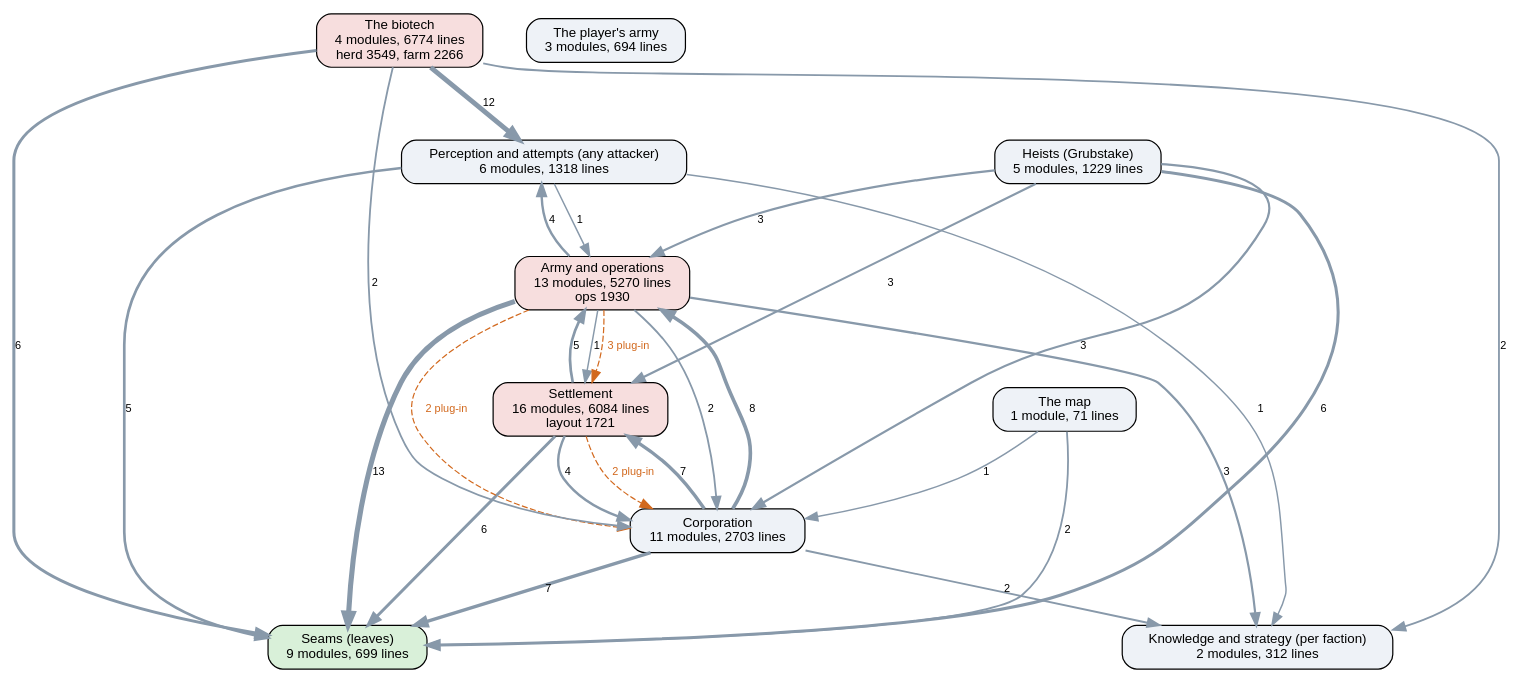
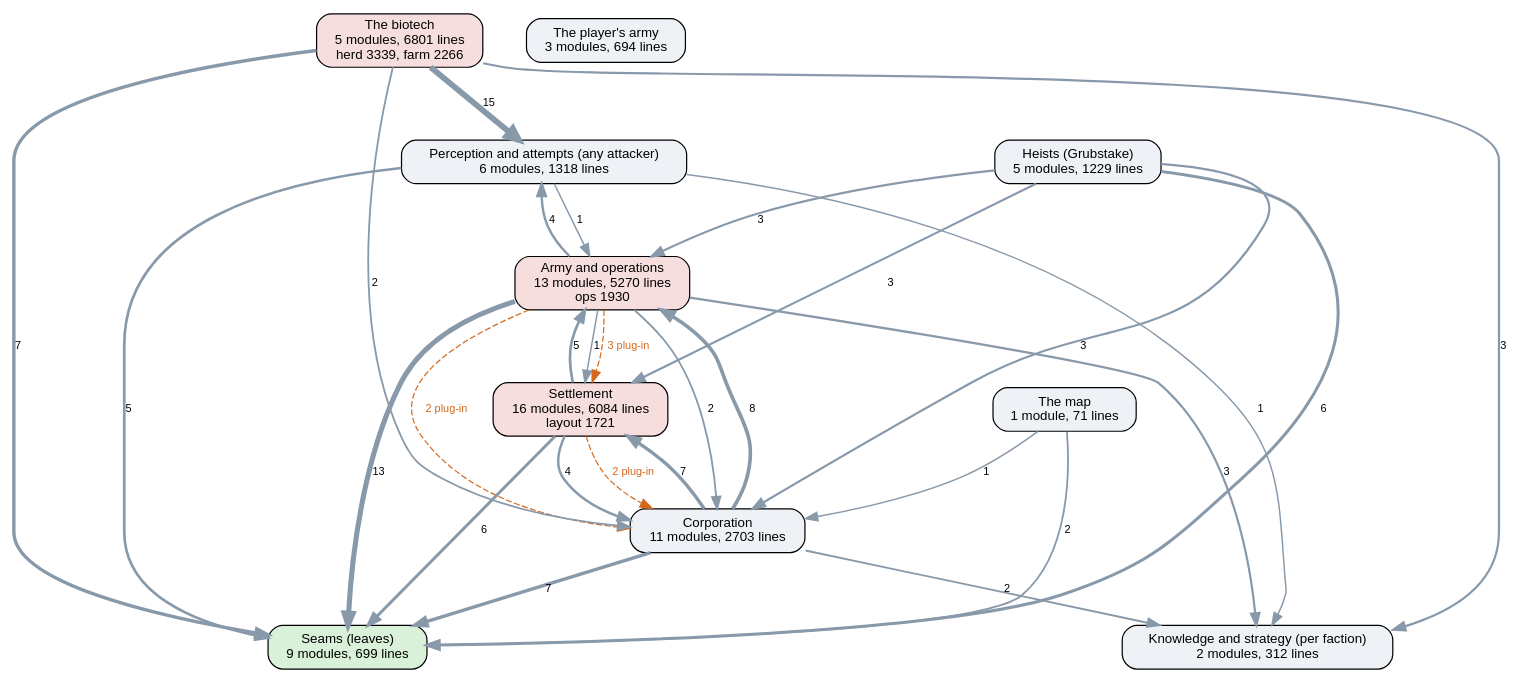
Before and after one commit to kinelhu/landing-party: the diagram in docs/ai-layers.dot, drawn with Graphviz. The commit also changed 9 other files, not shown here.

```diff
--- a/docs/ai-layers.dot
+++ b/docs/ai-layers.dot
@@ -1,43 +1,43 @@
 digraph layers {
   graph [rankdir=TB, fontname="Helvetica", nodesep=0.5, ranksep=0.7];
   node [shape=box, style="rounded,filled", fontname="Helvetica", fontsize=11, fillcolor="#eef2f7"];
   edge [color="#8899aa", fontname="Helvetica", fontsize=9];
   "Seams (leaves)" [label="Seams (leaves)\n9 modules, 699 lines", fillcolor="#d9f0d9"];
   "Perception and attempts (any attacker)" [label="Perception and attempts (any attacker)\n6 modules, 1318 lines", fillcolor="#eef2f7"];
   "Knowledge and strategy (per faction)" [label="Knowledge and strategy (per faction)\n2 modules, 312 lines", fillcolor="#eef2f7"];
   "Corporation" [label="Corporation\n11 modules, 2703 lines", fillcolor="#eef2f7"];
   "Settlement" [label="Settlement\n16 modules, 6084 lines\nlayout 1721", fillcolor="#f7dede"];
   "Army and operations" [label="Army and operations\n13 modules, 5270 lines\nops 1930", fillcolor="#f7dede"];
   "Heists (Grubstake)" [label="Heists (Grubstake)\n5 modules, 1229 lines", fillcolor="#eef2f7"];
-  "The biotech" [label="The biotech\n4 modules, 6774 lines\nherd 3549, farm 2266", fillcolor="#f7dede"];
+  "The biotech" [label="The biotech\n5 modules, 6801 lines\nherd 3339, farm 2266", fillcolor="#f7dede"];
   "The map" [label="The map\n1 module, 71 lines", fillcolor="#eef2f7"];
   "The player's army" [label="The player's army\n3 modules, 694 lines", fillcolor="#eef2f7"];
   "Army and operations" -> "Corporation" [label="2", penwidth=1.5];
   "Army and operations" -> "Knowledge and strategy (per faction)" [label="3", penwidth=1.8];
   "Army and operations" -> "Perception and attempts (any attacker)" [label="4", penwidth=2.0];
   "Army and operations" -> "Seams (leaves)" [label="13", penwidth=4.2];
   "Army and operations" -> "Settlement" [label="1", penwidth=1.2];
   "Corporation" -> "Army and operations" [label="8", penwidth=3.0];
   "Corporation" -> "Knowledge and strategy (per faction)" [label="2", penwidth=1.5];
   "Corporation" -> "Seams (leaves)" [label="7", penwidth=2.8];
   "Corporation" -> "Settlement" [label="7", penwidth=2.8];
   "Heists (Grubstake)" -> "Army and operations" [label="3", penwidth=1.8];
   "Heists (Grubstake)" -> "Corporation" [label="3", penwidth=1.8];
   "Heists (Grubstake)" -> "Seams (leaves)" [label="6", penwidth=2.5];
   "Heists (Grubstake)" -> "Settlement" [label="3", penwidth=1.8];
   "Perception and attempts (any attacker)" -> "Army and operations" [label="1", penwidth=1.2];
   "Perception and attempts (any attacker)" -> "Knowledge and strategy (per faction)" [label="1", penwidth=1.2];
   "Perception and attempts (any attacker)" -> "Seams (leaves)" [label="5", penwidth=2.2];
   "Settlement" -> "Army and operations" [label="5", penwidth=2.2];
   "Settlement" -> "Corporation" [label="4", penwidth=2.0];
   "Settlement" -> "Seams (leaves)" [label="6", penwidth=2.5];
   "The biotech" -> "Corporation" [label="2", penwidth=1.5];
-  "The biotech" -> "Knowledge and strategy (per faction)" [label="2", penwidth=1.5];
-  "The biotech" -> "Perception and attempts (any attacker)" [label="12", penwidth=4.0];
-  "The biotech" -> "Seams (leaves)" [label="6", penwidth=2.5];
+  "The biotech" -> "Knowledge and strategy (per faction)" [label="3", penwidth=1.8];
+  "The biotech" -> "Perception and attempts (any attacker)" [label="15", penwidth=4.8];
+  "The biotech" -> "Seams (leaves)" [label="7", penwidth=2.8];
   "The map" -> "Corporation" [label="1", penwidth=1.2];
   "The map" -> "Seams (leaves)" [label="2", penwidth=1.5];
   "Army and operations" -> "Corporation" [style=dashed, color="#d2691e", fontcolor="#d2691e", label="2 plug-in"];
   "Army and operations" -> "Settlement" [style=dashed, color="#d2691e", fontcolor="#d2691e", label="3 plug-in"];
   "Settlement" -> "Corporation" [style=dashed, color="#d2691e", fontcolor="#d2691e", label="2 plug-in"];
 }
```
